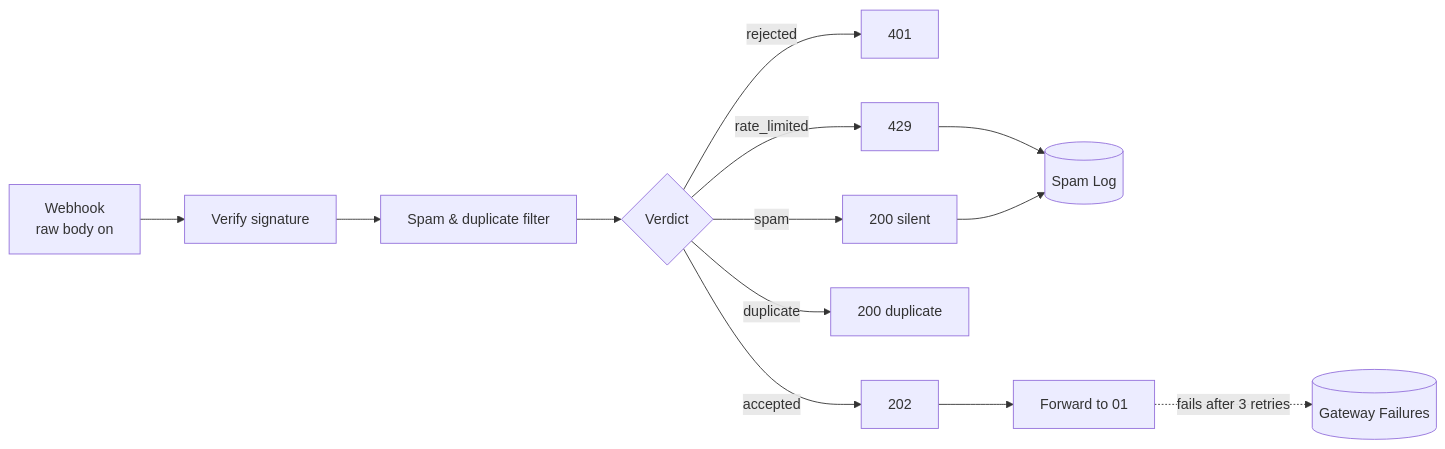
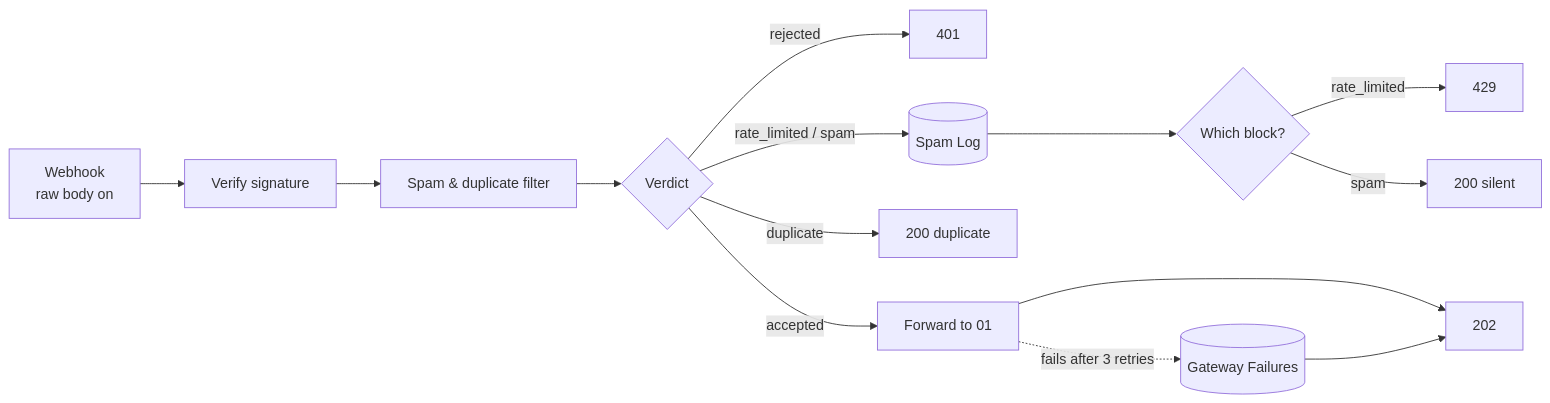
One commit to KelvinTrinhSG/n8n-form-crm-automations changed the diagram in projects/02-secure-webhook-gateway/README.md. Above: the diagram before and after it, drawn with Mermaid. The commit also changed other lines of this file and 8 other files, not shown here.

````diff
--- a/projects/02-secure-webhook-gateway/README.md
+++ b/projects/02-secure-webhook-gateway/README.md
@@ -44,10 +44,11 @@
 ```mermaid
 flowchart LR
   A[Webhook<br/>raw body on] --> B[Verify signature] --> C[Spam & duplicate filter] --> D{Verdict}
   D -- rejected --> E[401]
-  D -- rate_limited --> F[429] --> L[(Spam Log)]
-  D -- spam --> G[200 silent] --> L
+  D -- rate_limited / spam --> L[(Spam Log)] --> W{Which block?}
+  W -- rate_limited --> F[429]
+  W -- spam --> G[200 silent]
   D -- duplicate --> H[200 duplicate]
-  D -- accepted --> I[202] --> J[Forward to 01]
-  J -. fails after 3 retries .-> K[(Gateway Failures)]
+  D -- accepted --> J[Forward to 01] --> I[202]
+  J -. fails after 3 retries .-> K[(Gateway Failures)] --> I
 ```
````
